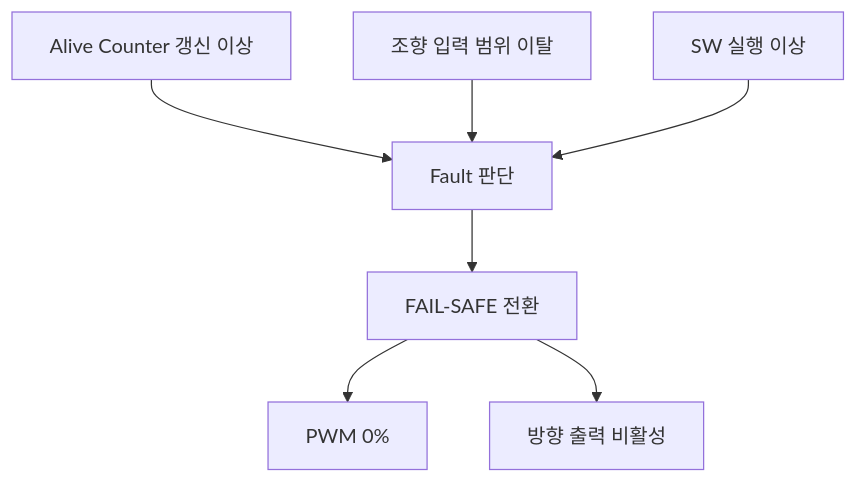
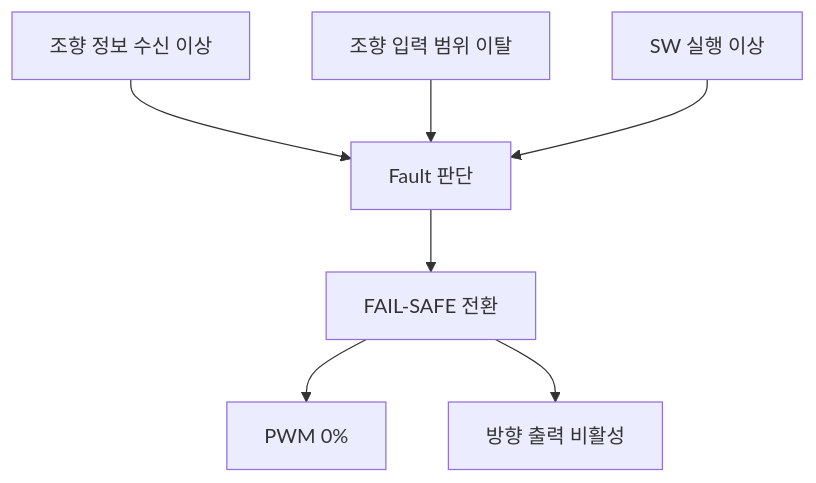
Before and after one commit to kwangil1245-code/iso26262-sbw-failsafe: the second of 3 diagrams in iso26262-sbw-failsafe/workproducts/03_SW_Requirements.md, drawn with Mermaid. The commit also changed other lines of this file, not shown here.

````diff
--- a/iso26262-sbw-failsafe/workproducts/03_SW_Requirements.md
+++ b/iso26262-sbw-failsafe/workproducts/03_SW_Requirements.md
@@ -181,9 +187,9 @@
 ```mermaid
 flowchart TD
-    A["Alive Counter 갱신 이상"] --> D["Fault 판단"]
+    A["조향 정보 수신 이상"] --> D["Fault 판단"]
     B["조향 입력 범위 이탈"] --> D
     C["SW 실행 이상"] --> D
     D --> E["FAIL-SAFE 전환"]
     E --> F["PWM 0%"]
     E --> G["방향 출력 비활성"]
 ```
````
